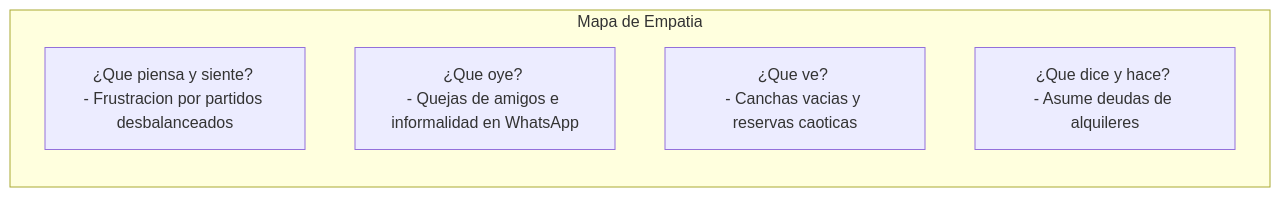
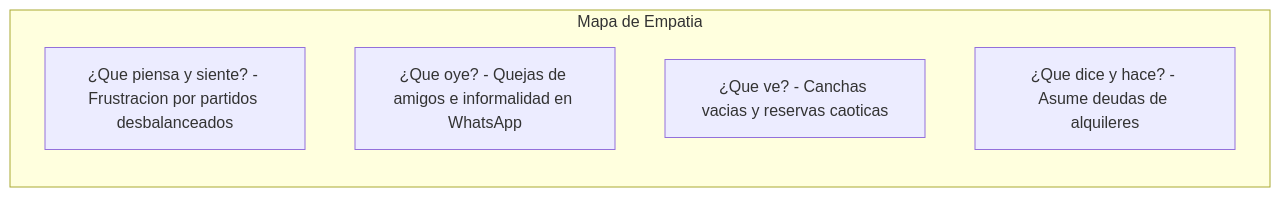
One commit to jojiz29/sportmatch-connect changed the third of 9 diagrams in TESIS_FINAL_SPORTMATCH_ES.md. Above: the diagram before and after it, drawn with Mermaid. The commit also changed other lines of this file and 7 other files, not shown here.

Commit message:
docs(thesis): update course data to FC-PREISF10B01N, include all 5 team members with Alejandro Paolo Andrade Noa, fix Scrum framework terminology and Mermaid diagram lexical errors

````diff
--- a/TESIS_FINAL_SPORTMATCH_ES.md
+++ b/TESIS_FINAL_SPORTMATCH_ES.md
@@ -226,9 +228,9 @@
 ```mermaid
 graph LR
-    subgraph Mapa de Empatia
-        C1[¿Que piensa y siente? <br>- Frustracion por partidos desbalanceados]
-        C2[¿Que oye? <br>- Quejas de amigos e informalidad en WhatsApp]
-        C3[¿Que ve? <br>- Canchas vacias y reservas caoticas]
-        C4[¿Que dice y hace? <br>- Asume deudas de alquileres]
+    subgraph "Mapa de Empatia"
+        C1["¿Que piensa y siente? - Frustracion por partidos desbalanceados"]
+        C2["¿Que oye? - Quejas de amigos e informalidad en WhatsApp"]
+        C3["¿Que ve? - Canchas vacias y reservas caoticas"]
+        C4["¿Que dice y hace? - Asume deudas de alquileres"]
     end
 ```
````
